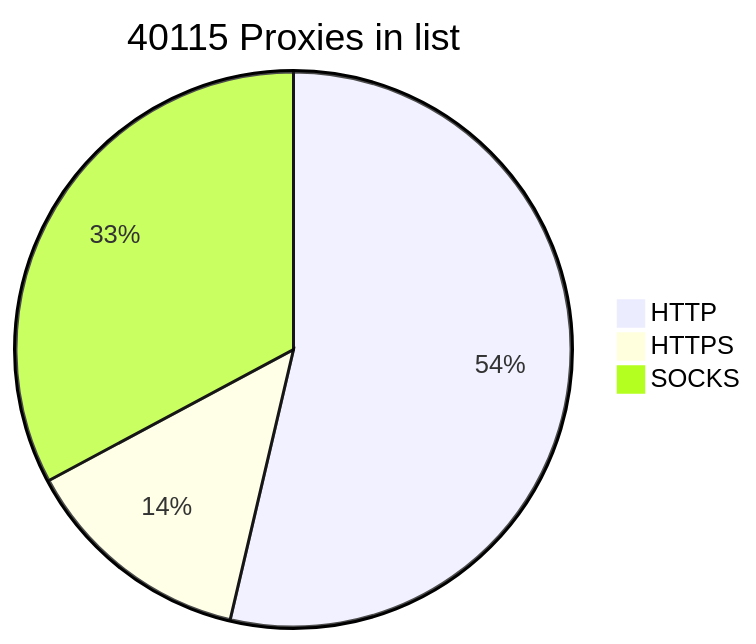
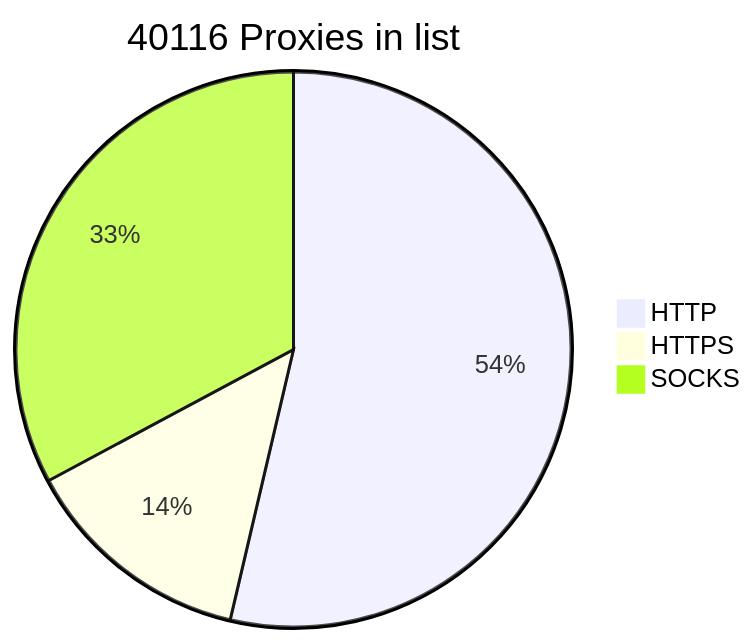
One commit to BlackSnowDot/proxylist-update-every-minute changed the diagram in README.md. Above: the diagram before and after it, drawn with Mermaid. The commit also changed other lines of this file, not shown here.

````diff
--- a/README.md
+++ b/README.md
@@ -2,6 +2,6 @@
 ```mermaid
-pie title 40115 Proxies in list
-    "HTTP" : 23991
-    "HTTPS": 6040
+pie title 40116 Proxies in list
+    "HTTP" : 23990
+    "HTTPS": 6042
     "SOCKS" : 14675
 ```
````
